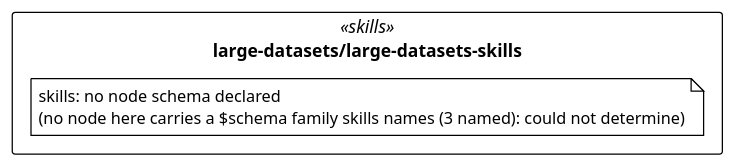
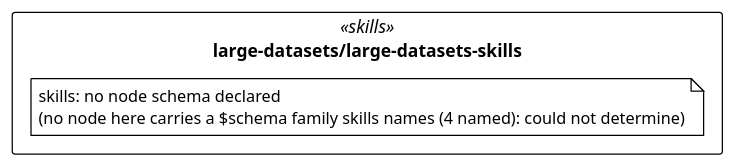
The diagram in cat-harness/uml/overview/large-datasets/large-datasets-skills.puml (litlfred/folio-assistant), drawn with PlantUML before and after one commit. The commit also changed 139 other files, not shown here.

```diff
--- a/cat-harness/uml/overview/large-datasets/large-datasets-skills.puml
+++ b/cat-harness/uml/overview/large-datasets/large-datasets-skills.puml
@@ -3,13 +3,13 @@
 @startuml large_datasets_large_datasets_skills
 !pragma layout elk
 !theme plain
 skinparam classAttributeIconSize 0
 skinparam shadowing false
 skinparam packageStyle rectangle
 hide empty methods
 
 package "large-datasets/large-datasets-skills" as pkg_large_datasets_large_datasets_skills <<skills>> {
-  note "skills: no node schema declared\n(no node here carries a $schema family skills names (3 named): could not determine)" as n_large_datasets_large_datasets_skills_skills
+  note "skills: no node schema declared\n(no node here carries a $schema family skills names (4 named): could not determine)" as n_large_datasets_large_datasets_skills_skills
 }
 
 @enduml
```
